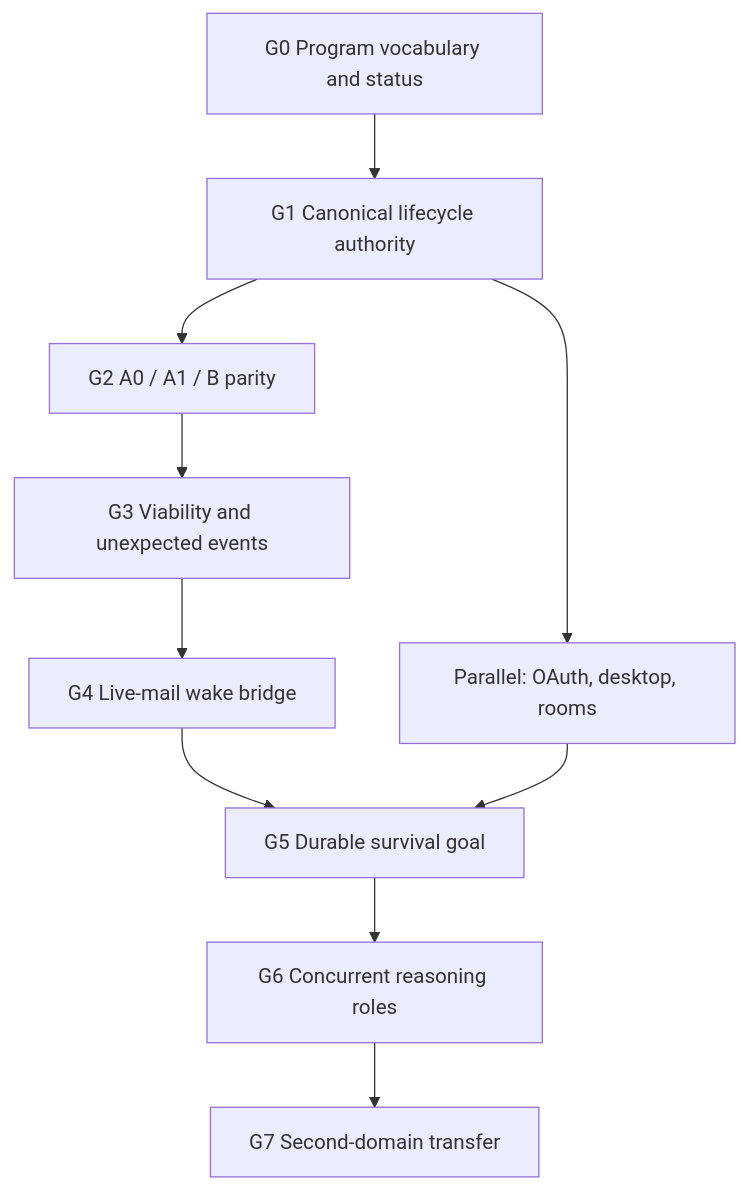
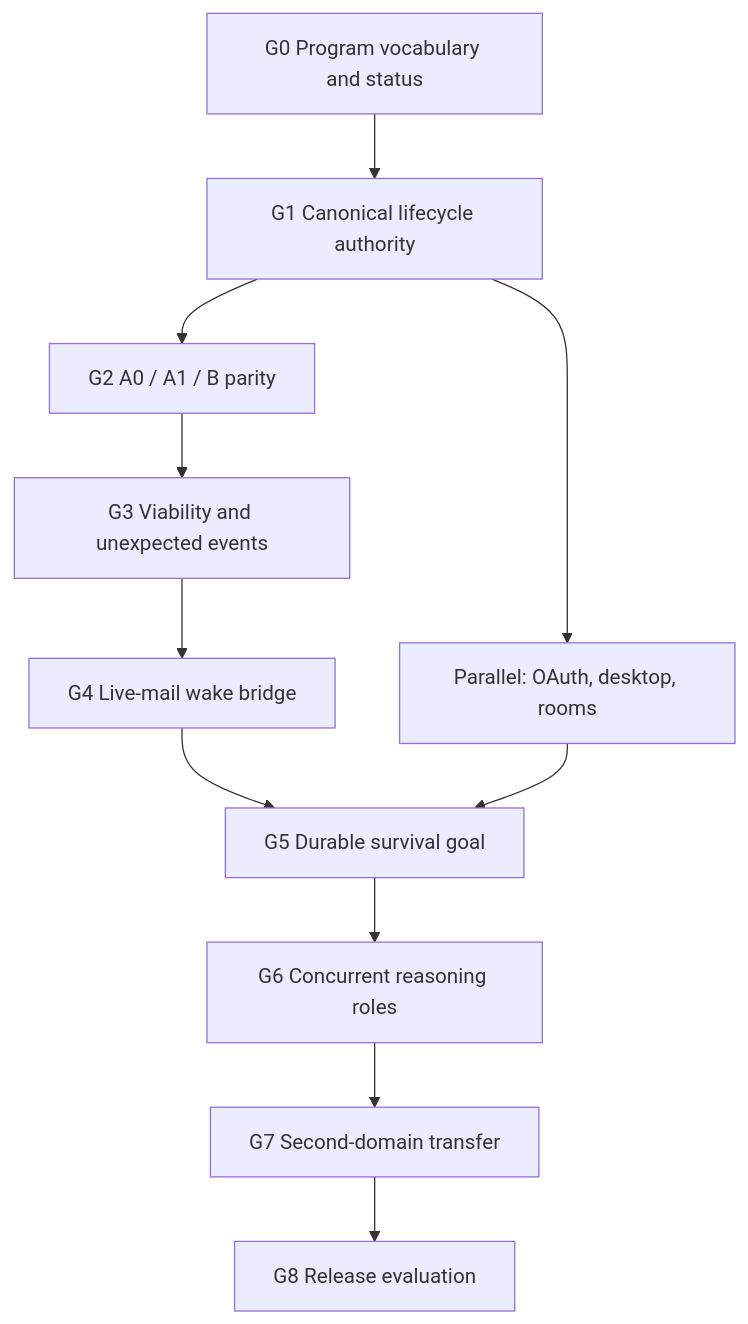
Before and after one commit to pestypig/casimirbot-: the diagram in docs/helix-environment-harness-work-program-v1.md, drawn with Mermaid. The commit also changed other lines of this file and 886 other files, not shown here.

````diff
--- a/docs/helix-environment-harness-work-program-v1.md
+++ b/docs/helix-environment-harness-work-program-v1.md
@@ -110,12 +110,13 @@
 ```mermaid
 flowchart TD
     G0["G0 Program vocabulary and status"] --> G1["G1 Canonical lifecycle authority"]
     G1 --> G2["G2 A0 / A1 / B parity"]
     G2 --> G3["G3 Viability and unexpected events"]
     G3 --> G4["G4 Live-mail wake bridge"]
     G4 --> G5["G5 Durable survival goal"]
     G5 --> G6["G6 Concurrent reasoning roles"]
     G6 --> G7["G7 Second-domain transfer"]
+    G7 --> G8["G8 Release evaluation"]
     G1 --> D["Parallel: OAuth, desktop, rooms"]
     D --> G5
 ```
````
